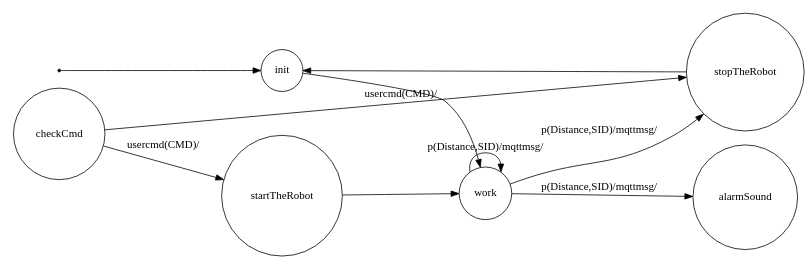
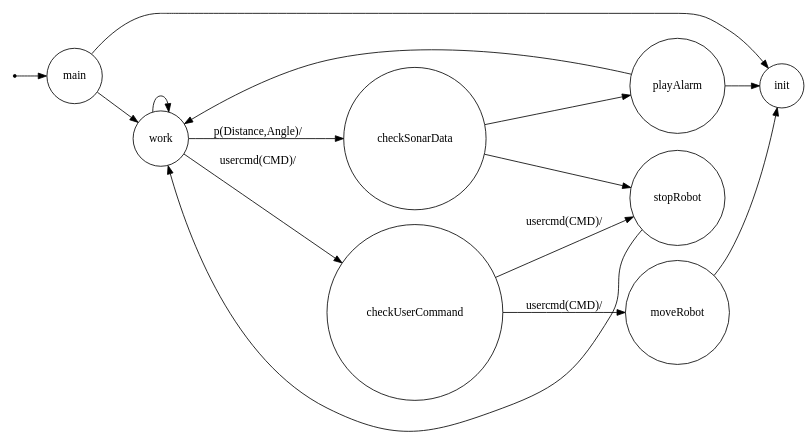
One commit to Diantha/TemaFinaleISS changed the diagram in srcMore/it/unibo/controller/dotFsm.gv. Above: the diagram before and after it, drawn with Graphviz. The commit also changed 71 other files, not shown here.

```diff
--- a/srcMore/it/unibo/controller/dotFsm.gv
+++ b/srcMore/it/unibo/controller/dotFsm.gv
@@ -1,31 +1,38 @@
 /*
 *
 * A GraphViz DOT FSM description 
 * Please use a GraphViz visualizer (like http://www.webgraphviz.com)
 * 
 * Generated by AM,NC,RM
 *  
 */
  
 digraph finite_state_machine {
   	rankdir=LR;
   	size="8,5"
   	node [shape = point]; iniziale;
   	node [shape = doublecircle]; 
   	node [shape = circle];
-  	iniziale -> init [label = ""];
+  	iniziale -> main [label = ""];
   	
   	
-  	init -> work [ label = ""];
+  	main -> init [ label = ""];
+  	main -> work [ label = ""];
   	
-  	work -> alarmSound [ label = "p(Distance,SID)/mqttmsg/"];
-  	work -> stopTheRobot [ label = "p(Distance,SID)/mqttmsg/"];
-  	work -> work [ label = "p(Distance,SID)/mqttmsg/"];
+  	work -> work [ label = ""];
+  	work -> checkUserCommand [ label = "usercmd(CMD)/"];
+  	work -> checkSonarData [ label = "p(Distance,Angle)/"];
   	
-  	checkCmd -> stopTheRobot [ label = "usercmd(CMD)/"];
-  	checkCmd -> startTheRobot [ label = "usercmd(CMD)/"];
+  	checkSonarData -> playAlarm [ label = ""];
+  	checkSonarData -> stopRobot [ label = ""];
   	
-  	startTheRobot -> work [ label = ""];
+  	playAlarm -> init [ label = ""];
+  	playAlarm -> work [ label = ""];
   	
-  	stopTheRobot -> init [ label = ""];
+  	checkUserCommand -> stopRobot [ label = "usercmd(CMD)/"];
+  	checkUserCommand -> moveRobot [ label = "usercmd(CMD)/"];
+  	
+  	moveRobot -> init [ label = ""];
+  	
+  	stopRobot -> work [ label = ""];
 }
```
